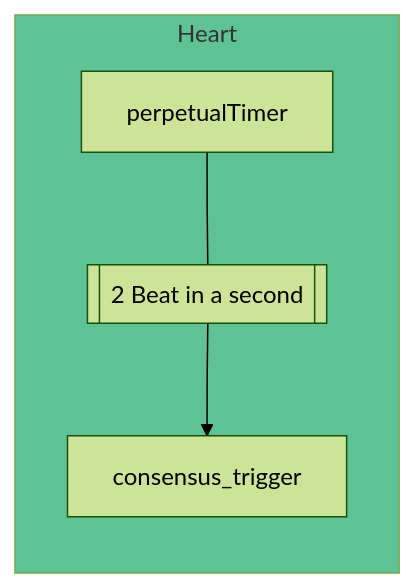
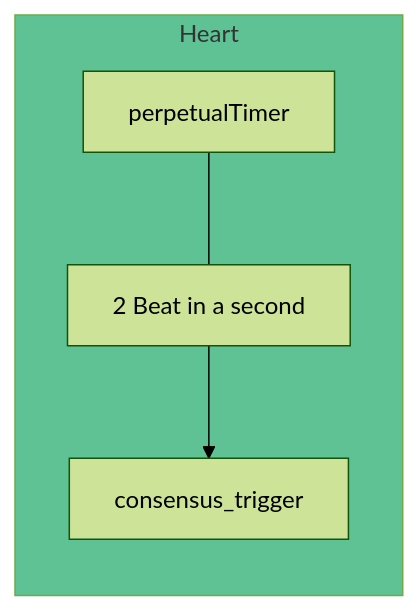
The diagram in docs/concepts/consensus/consensus.md (Naruno/Naruno), drawn with Mermaid (forest theme) before and after one commit.

Commit message:
docs: Fixed Heart diagram

````diff
--- a/docs/concepts/consensus/consensus.md
+++ b/docs/concepts/consensus/consensus.md
@@ -27,18 +27,18 @@
 ```mermaid
 flowchart LR
     subgraph Heart
         direction TB
 
         perpetualTimer[perpetualTimer]
-        heartbeat[[2 Beat in a second]]
+        heartbeat[2 Beat in a second]
         consensus_triggerd[consensus_trigger]
 
 
         perpetualTimer --- heartbeat
         heartbeat --> consensus_triggerd
     end
 
     %% add in-line style
     Heart:::someclass
     classDef someclass fill:#5ec295;
 ```
````
